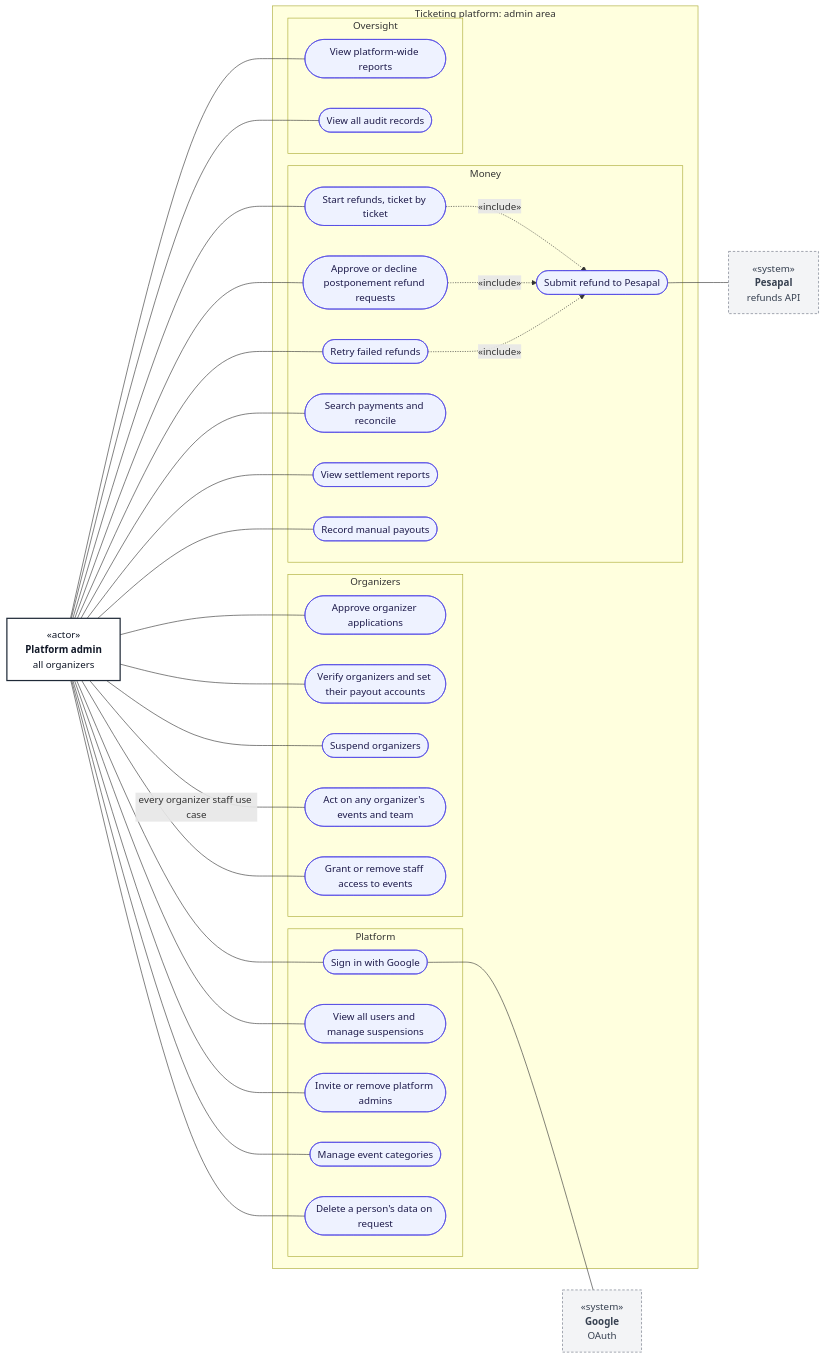
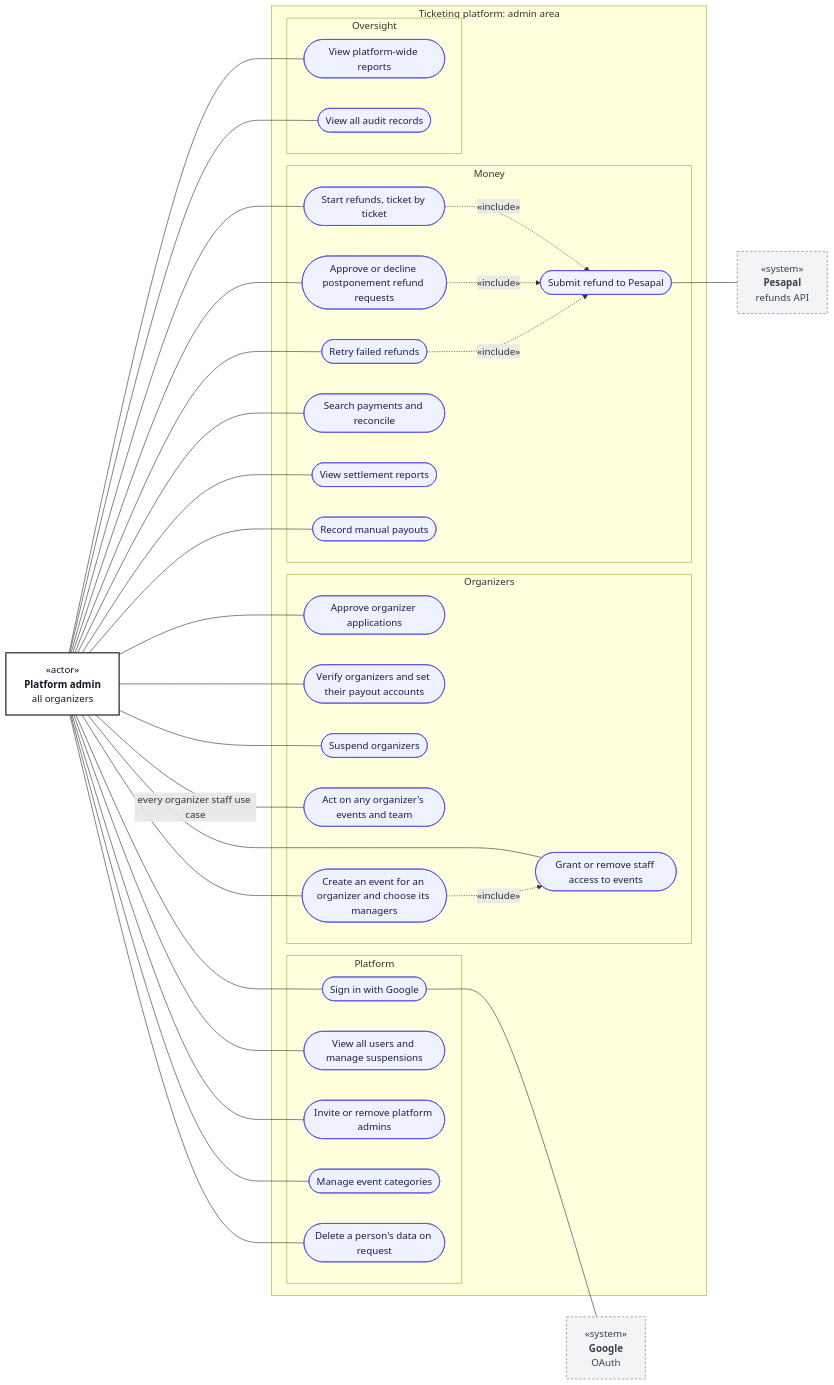
The diagram in doc/diagrams/use-cases/05-platform-admin.md (kreativesahara/ticket), drawn with Mermaid before and after one commit. The commit also changed other lines of this file and 9 other files, not shown here.

Commit message:
feat: add roles and privileges documentation and platform admin use case diagrams

````diff
--- a/doc/diagrams/use-cases/05-platform-admin.md
+++ b/doc/diagrams/use-cases/05-platform-admin.md
@@ -9,67 +9,70 @@
 ```mermaid
 flowchart LR
     classDef actor fill:#ffffff,stroke:#1f2937,stroke-width:2px,color:#111827
     classDef external fill:#f3f4f6,stroke:#6b7280,stroke-width:1px,stroke-dasharray:4 3,color:#374151
     classDef usecase fill:#eef2ff,stroke:#4f46e5,stroke-width:1px,color:#1e1b4b
 
     Admin["«actor»<br/><b>Platform admin</b><br/>all organizers"]:::actor
 
     subgraph SYS["Ticketing platform: admin area"]
         subgraph P1["Platform"]
             A1(["Sign in with Google"]):::usecase
             A2(["View all users and manage suspensions"]):::usecase
             A3(["Invite or remove platform admins"]):::usecase
             A4(["Manage event categories"]):::usecase
             A18(["Delete a person's data on request"]):::usecase
         end
         subgraph P2["Organizers"]
             A5(["Approve organizer applications"]):::usecase
             A6(["Verify organizers and set their payout accounts"]):::usecase
             A7(["Suspend organizers"]):::usecase
             A8(["Act on any organizer's events and team"]):::usecase
+            A20(["Create an event for an organizer and choose its managers"]):::usecase
             A19(["Grant or remove staff access to events"]):::usecase
         end
         subgraph P3["Money"]
             A9(["Start refunds, ticket by ticket"]):::usecase
             A10(["Approve or decline postponement refund requests"]):::usecase
             A11(["Retry failed refunds"]):::usecase
             A12(["Submit refund to Pesapal"]):::usecase
             A13(["Search payments and reconcile"]):::usecase
             A14(["View settlement reports"]):::usecase
             A15(["Record manual payouts"]):::usecase
         end
         subgraph P4["Oversight"]
             A16(["View platform-wide reports"]):::usecase
             A17(["View all audit records"]):::usecase
         end
     end
 
     Google["«system»<br/><b>Google</b><br/>OAuth"]:::external
     Pesapal["«system»<br/><b>Pesapal</b><br/>refunds API"]:::external
 
     Admin --- A1
     Admin --- A2
     Admin --- A3
     Admin --- A4
     Admin --- A18
     Admin --- A5
     Admin --- A6
     Admin --- A7
     Admin ---|"every organizer staff use case"| A8
     Admin --- A19
+    Admin --- A20
+    A20 -.->|"«include»"| A19
     Admin --- A9
     Admin --- A10
     Admin --- A11
     Admin --- A13
     Admin --- A14
     Admin --- A15
     Admin --- A16
     Admin --- A17
 
     A9 -.->|"«include»"| A12
     A10 -.->|"«include»"| A12
     A11 -.->|"«include»"| A12
 
     A1 --- Google
     A12 --- Pesapal
 ```
````
